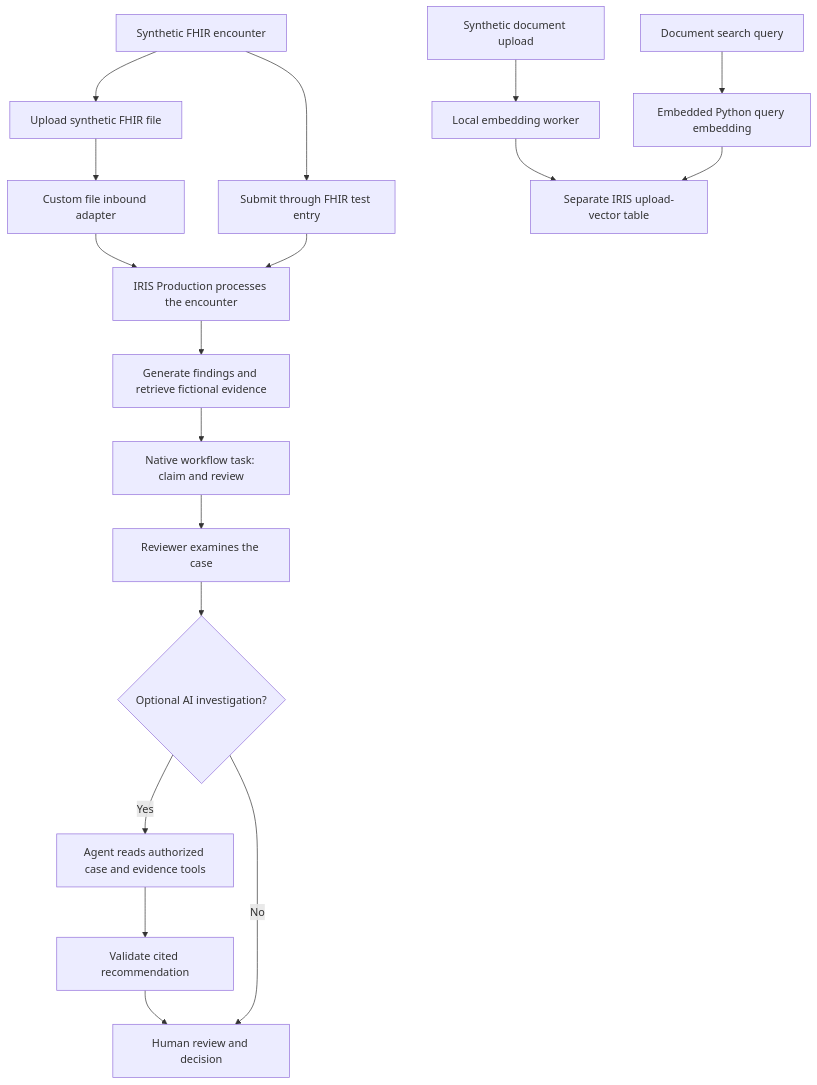
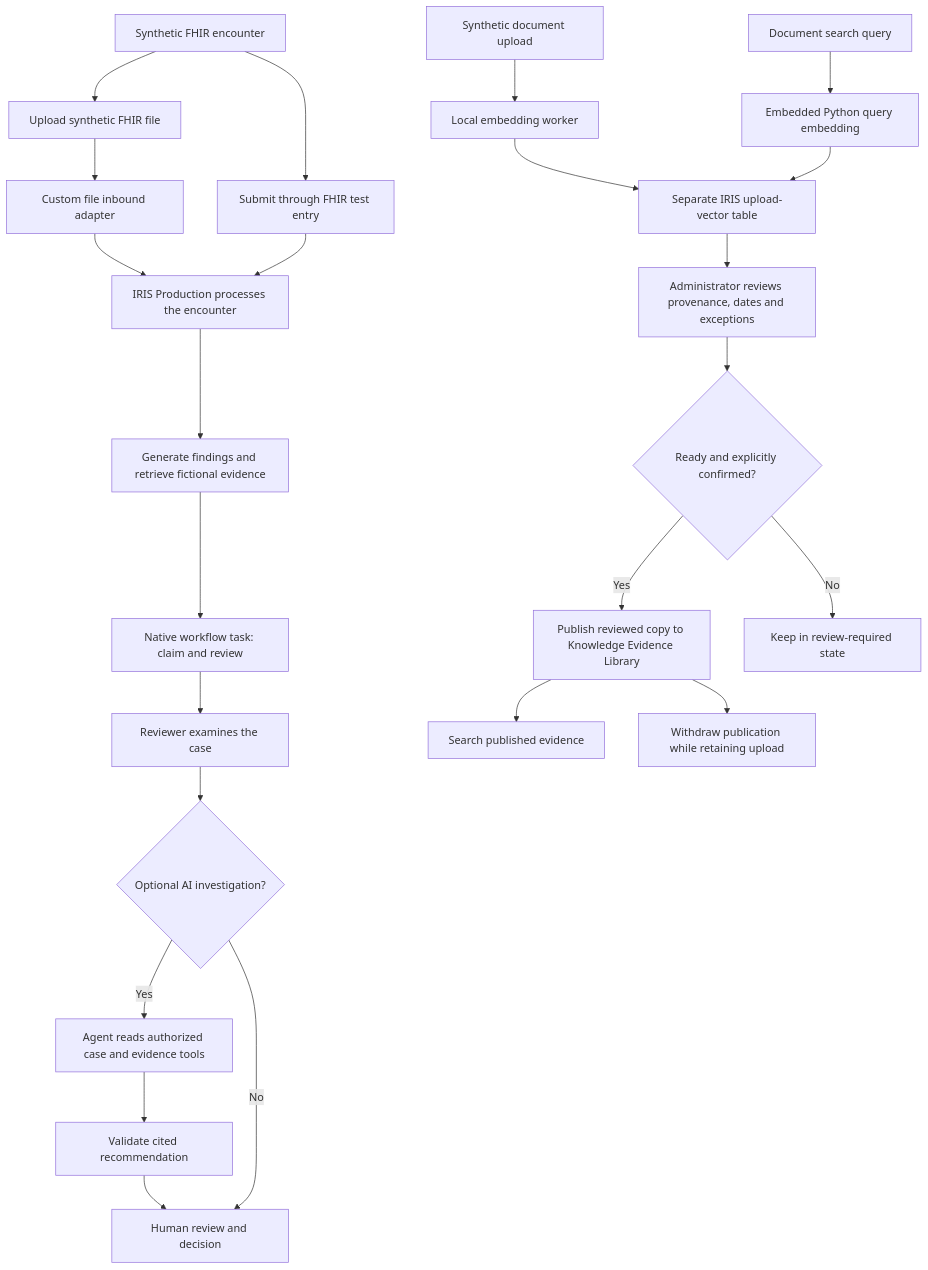
One commit to boanerges1227/MedicalInsuranceAudit changed the first of 2 diagrams in README.md. Above: the diagram before and after it, drawn with Mermaid. The commit also changed other lines of this file and 17 other files, not shown here.

````diff
--- a/README.md
+++ b/README.md
@@ -49,20 +50,26 @@
 ```mermaid
 flowchart TD
     A[Synthetic FHIR encounter] --> B[Submit through FHIR test entry]
     A --> BF[Upload synthetic FHIR file]
     BF --> AD[Custom file inbound adapter]
     AD --> C[IRIS Production processes the encounter]
     B --> C
     C --> D[Generate findings and retrieve fictional evidence]
     D --> T[Native workflow task: claim and review]
     T --> E[Reviewer examines the case]
     E --> F{Optional AI investigation?}
     F -- Yes --> G[Agent reads authorized case and evidence tools]
     G --> H[Validate cited recommendation]
     H --> I[Human review and decision]
     F -- No --> I
     J[Synthetic document upload] --> K[Local embedding worker]
     K --> L[Separate IRIS upload-vector table]
     Q[Document search query] --> P[Embedded Python query embedding]
     P --> L
+    L --> M[Administrator reviews provenance, dates and exceptions]
+    M --> N{Ready and explicitly confirmed?}
+    N -- Yes --> O[Publish reviewed copy to Knowledge Evidence Library]
+    N -- No --> R[Keep in review-required state]
+    O --> S[Search published evidence]
+    O --> W[Withdraw publication while retaining upload]
 ```
````
